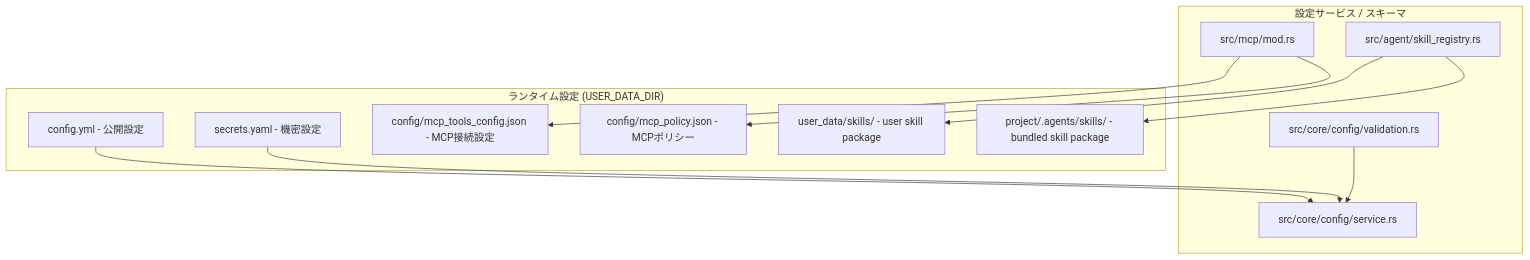
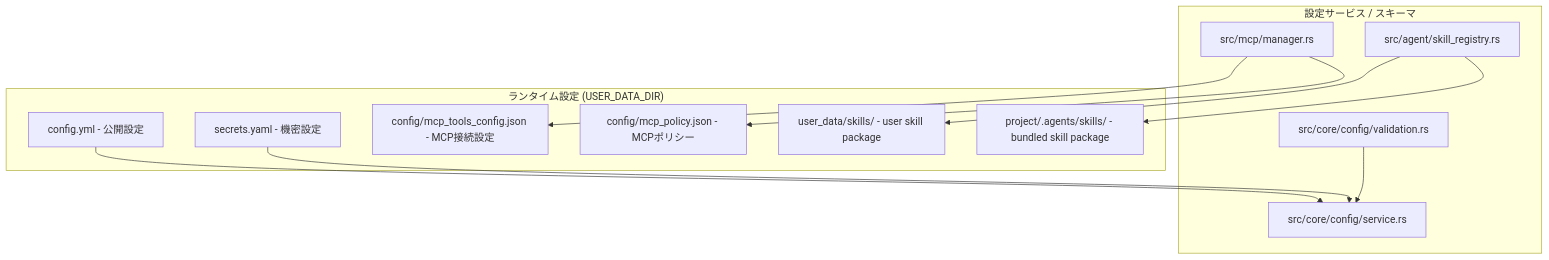
One commit to coco4atJP/Tepora-alpha changed the tenth of 10 diagrams in docs/architecture/ARCHITECTURE.md. Above: the diagram before and after it, drawn with Mermaid. The commit also changed other lines of this file and 20 other files, not shown here.

Commit message:
refactor: split mcp manager responsibilities

````diff
--- a/docs/architecture/ARCHITECTURE.md
+++ b/docs/architecture/ARCHITECTURE.md
@@ -1140,26 +1156,26 @@
 ```mermaid
 graph TB
     subgraph Runtime["ランタイム設定 (USER_DATA_DIR)"]
         ConfigYml[config.yml - 公開設定]
         SecretsYml[secrets.yaml - 機密設定]
         McpJson[config/mcp_tools_config.json - MCP接続設定]
         McpPolicy[config/mcp_policy.json - MCPポリシー]
         UserSkills[user_data/skills/<id> - user skill package]
         ProjectSkills[project/.agents/skills/<id> - bundled skill package]
     end
   
     subgraph Services["設定サービス / スキーマ"]
         ConfigSvc[src/core/config/service.rs]
         ConfigValidation[src/core/config/validation.rs]
-        McpManager[src/mcp/mod.rs]
+        McpManager[src/mcp/manager.rs]
         SkillRegistry[src/agent/skill_registry.rs]
     end
   
     ConfigYml --> ConfigSvc
     SecretsYml --> ConfigSvc
     ConfigValidation --> ConfigSvc
     McpManager --> McpJson
     McpManager --> McpPolicy
     SkillRegistry --> UserSkills
     SkillRegistry --> ProjectSkills
 ```
````
